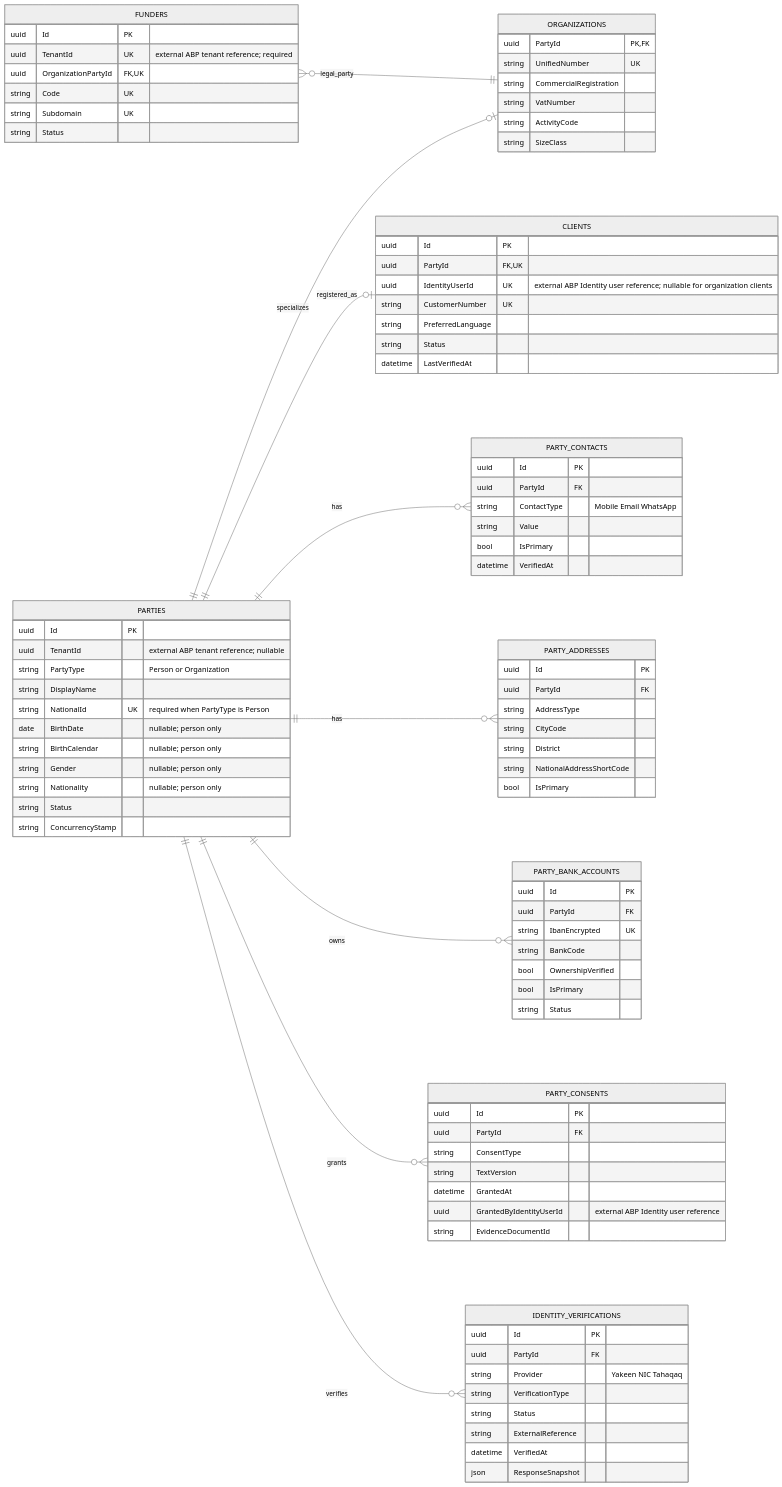
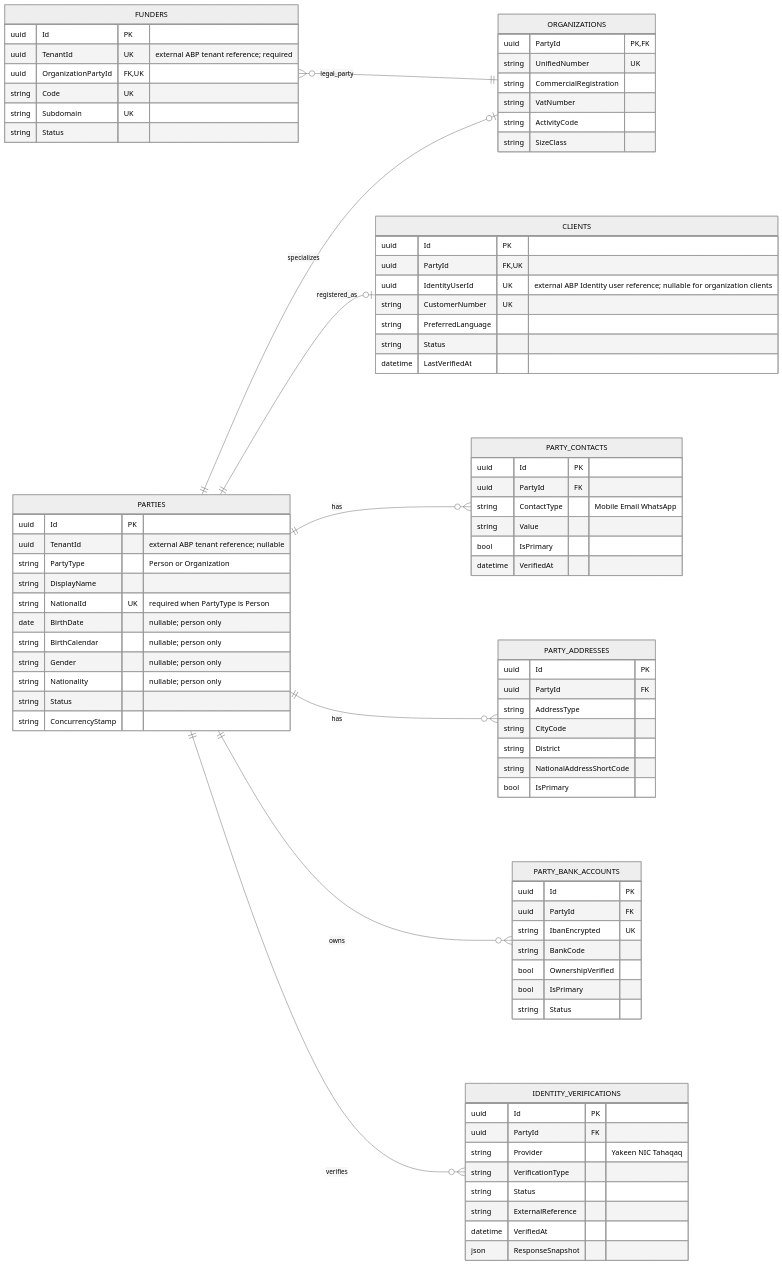
One commit to mahshokral7osam/Thiqatak_UI changed the first of 7 diagrams in docs/Thiqatak.Business-ERD.md. Above: the diagram before and after it, drawn with Mermaid (neutral theme). The commit also changed other lines of this file and 1 other file, not shown here.

Commit message:
Remove consent entities from current ERD scope

```diff
--- a/docs/Thiqatak.Business-ERD.md
+++ b/docs/Thiqatak.Business-ERD.md
@@ -27,7 +28,6 @@
     PARTIES ||--o{ PARTY_CONTACTS : has
     PARTIES ||--o{ PARTY_ADDRESSES : has
     PARTIES ||--o{ PARTY_BANK_ACCOUNTS : owns
-    PARTIES ||--o{ PARTY_CONSENTS : grants
     PARTIES ||--o{ IDENTITY_VERIFICATIONS : verifies
     FUNDERS }o--|| ORGANIZATIONS : legal_party
 
@@ -95,15 +95,6 @@
         bool IsPrimary
         string Status
     }
-    PARTY_CONSENTS {
-        uuid Id PK
-        uuid PartyId FK
-        string ConsentType
-        string TextVersion
-        datetime GrantedAt
-        uuid GrantedByIdentityUserId "external ABP Identity user reference"
-        string EvidenceDocumentId
-    }
     IDENTITY_VERIFICATIONS {
         uuid Id PK
         uuid PartyId FK
```
